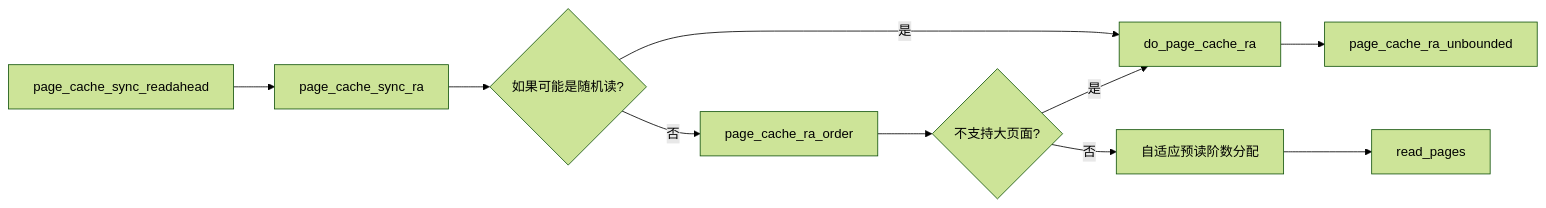
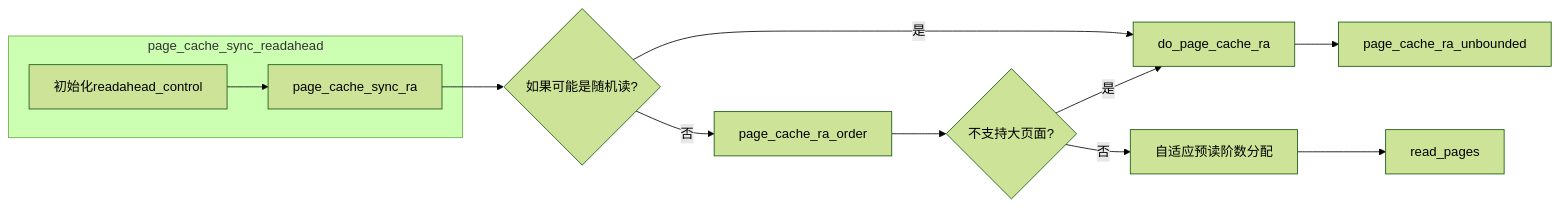
The diagram in 6.13.1内核文档注释/mm/readahead.c/README.md (sigmanature/learn_os_note), drawn with Mermaid (forest theme) before and after one commit. The commit also changed 4 other files, not shown here.

````diff
--- a/6.13.1内核文档注释/mm/readahead.c/README.md
+++ b/6.13.1内核文档注释/mm/readahead.c/README.md
@@ -4,12 +4,16 @@
 ```mermaid
 graph LR
-A[page_cache_sync_readahead]-->B[page_cache_sync_ra]-->C{如果可能是随机读?}
+    subgraph a[page_cache_sync_readahead]
+    A[初始化readahead_control]-->B[page_cache_sync_ra]
+    end
+B-->C{如果可能是随机读?}
 C--是-->E[do_page_cache_ra]-->G[page_cache_ra_unbounded]
 C--否-->F[page_cache_ra_order]-->H{不支持大页面?}--是-->E
 H--否-->I[自适应预读阶数分配]-->J[read_pages]
+click A "https://github.com/sigmanature/learn_os_note/blob/main/6.13.1%E5%86%85%E6%A0%B8%E6%96%87%E6%A1%A3%E6%B3%A8%E9%87%8A/include/linux/pagemap.h/readahead_control.md"
 click E "https://github.com/sigmanature/learn_os_note/blob/main/6.13.1%E5%86%85%E6%A0%B8%E6%96%87%E6%A1%A3%E6%B3%A8%E9%87%8A/mm/readahead.c/readahead_funcs.md"
 click F "https://github.com/sigmanature/learn_os_note/blob/main/6.13.1%E5%86%85%E6%A0%B8%E6%96%87%E6%A1%A3%E6%B3%A8%E9%87%8A/mm/readahead.c/page_cache_ra_order.md"
 click B "https://github.com/sigmanature/learn_os_note/blob/main/6.13.1%E5%86%85%E6%A0%B8%E6%96%87%E6%A1%A3%E6%B3%A8%E9%87%8A/mm/readahead.c/readahead_funcs.md"
 click G "https://github.com/sigmanature/learn_os_note/blob/main/6.13.1%E5%86%85%E6%A0%B8%E6%96%87%E6%A1%A3%E6%B3%A8%E9%87%8A/mm/readahead.c/readahead_funcs.md"
 click J "https://github.com/sigmanature/learn_os_note/blob/main/6.13.1%E5%86%85%E6%A0%B8%E6%96%87%E6%A1%A3%E6%B3%A8%E9%87%8A/mm/readahead.c/read_pages.md"
 ```
````
